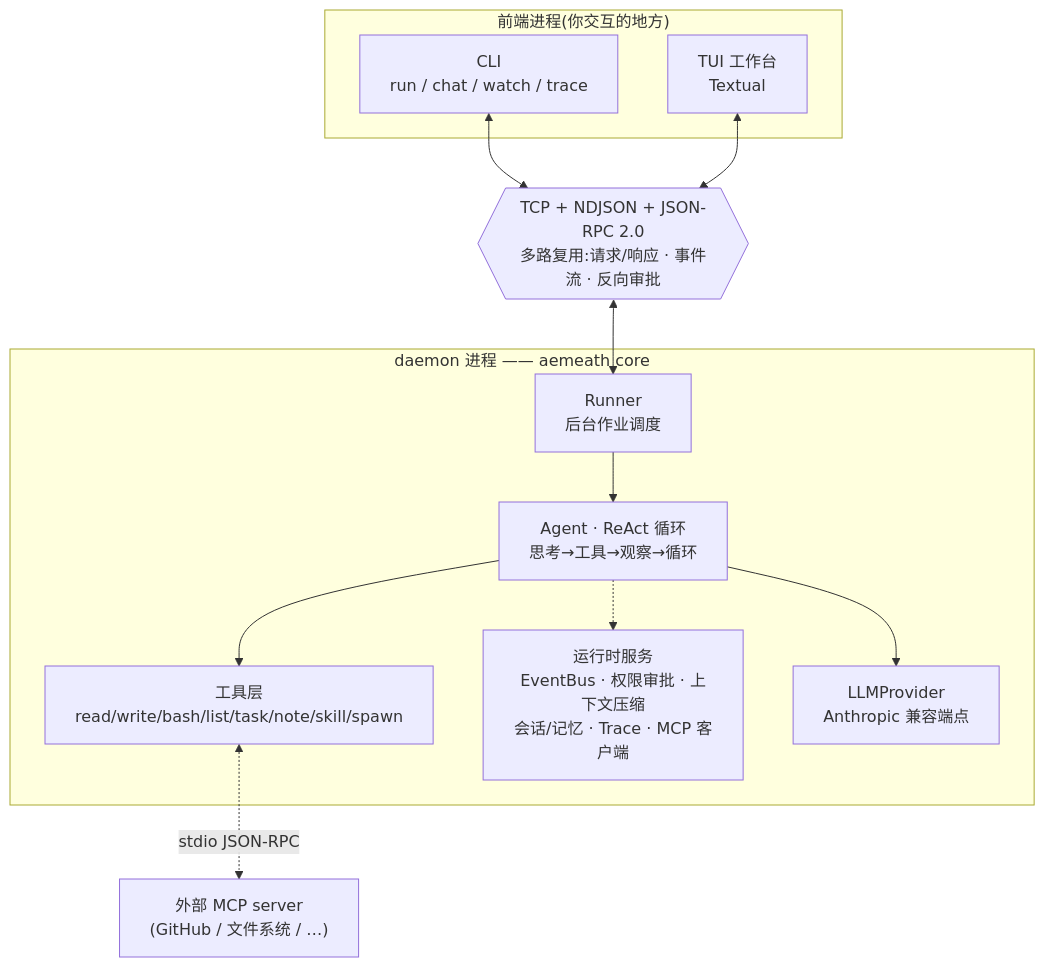
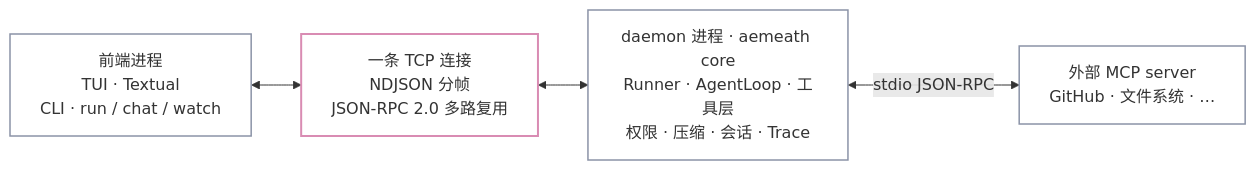
Before and after one commit to Nijikasuki/AemeathCode: the first of 2 diagrams in README.md, drawn with Mermaid. The commit also changed other lines of this file and 4 other files, not shown here.

````diff
--- a/README.md
+++ b/README.md
@@ -153,28 +171,16 @@
 ```mermaid
-flowchart TB
-    subgraph FE["前端进程(你交互的地方)"]
-        CLI["CLI<br/>run / chat / watch / trace"]
-        TUI["TUI 工作台<br/>Textual"]
-    end
+flowchart LR
+    FE["前端进程<br/>TUI · Textual<br/>CLI · run / chat / watch"]
+    LINK["一条 TCP 连接<br/>NDJSON 分帧<br/>JSON-RPC 2.0 多路复用"]
+    BE["daemon 进程 · aemeath core<br/>Runner · AgentLoop · 工具层<br/>权限 · 压缩 · 会话 · Trace"]
+    MCPS["外部 MCP server<br/>GitHub · 文件系统 · …"]
 
-    LINK{{"TCP + NDJSON + JSON-RPC 2.0<br/>多路复用:请求/响应 · 事件流 · 反向审批"}}
+    FE <--> LINK
+    LINK <--> BE
+    BE <-->|"stdio JSON-RPC"| MCPS
 
-    subgraph BE["daemon 进程 —— aemeath core"]
-        RUNNER["Runner<br/>后台作业调度"]
-        LOOP["Agent · ReAct 循环<br/>思考→工具→观察→循环"]
-        TOOLS["工具层<br/>read/write/bash/list/task/note/skill/spawn"]
-        SVC["运行时服务<br/>EventBus · 权限审批 · 上下文压缩<br/>会话/记忆 · Trace · MCP 客户端"]
-        PROV["LLMProvider<br/>Anthropic 兼容端点"]
-    end
-
-    MCP["外部 MCP server<br/>(GitHub / 文件系统 / …)"]
-
-    CLI <--> LINK
-    TUI <--> LINK
-    LINK <--> RUNNER
-    RUNNER --> LOOP
-    LOOP --> TOOLS
-    LOOP --> PROV
-    LOOP -.-> SVC
-    TOOLS <-.stdio JSON-RPC.-> MCP
+    classDef box fill:none,stroke:#8b93a7,stroke-width:1.5px
+    classDef wire fill:none,stroke:#d98cb3,stroke-width:2px
+    class FE,BE,MCPS box
+    class LINK wire
 ```
````
